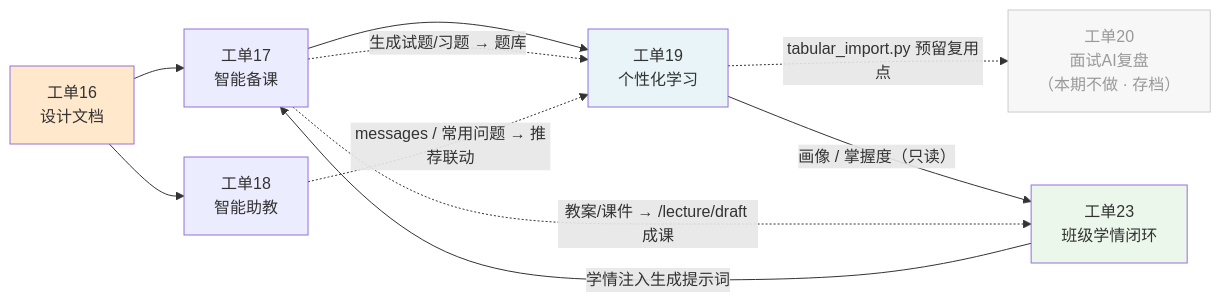
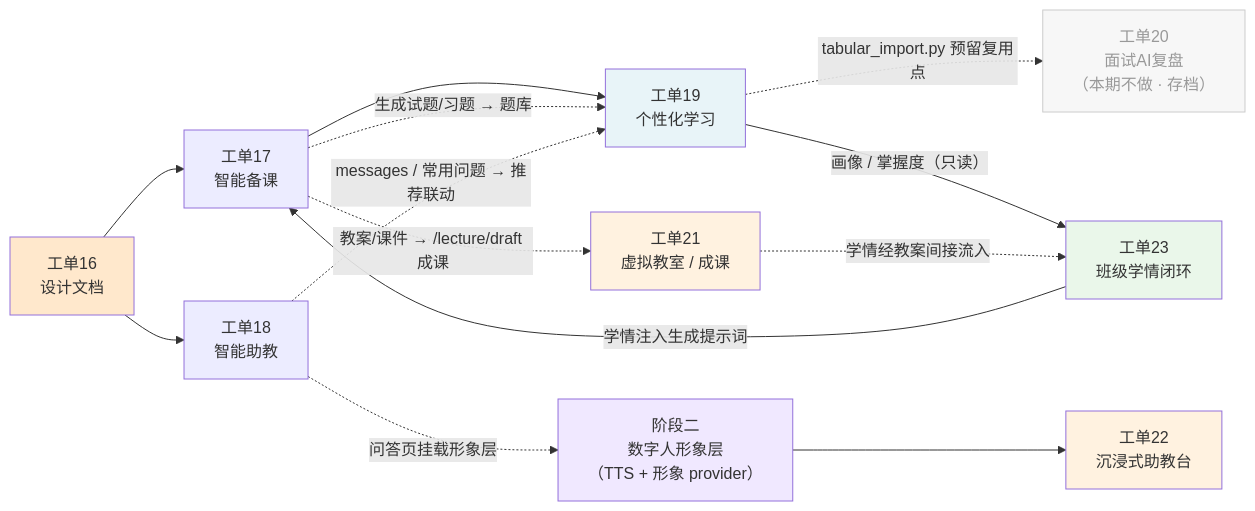
The third of 3 diagrams in docs/设计文档-工单16.md (jyt-1/educational-digital-humans), drawn with Mermaid before and after one commit. The commit also changed other lines of this file and 2 other files, not shown here.

````diff
--- a/docs/设计文档-工单16.md
+++ b/docs/设计文档-工单16.md
@@ -1186,21 +1330,28 @@
 ```mermaid
 graph LR
     W16["工单16<br/>设计文档"] --> W17["工单17<br/>智能备课"]
     W16 --> W18["工单18<br/>智能助教"]
     W17 --> W19["工单19<br/>个性化学习"]
     W20["工单20<br/>面试AI复盘<br/>（本期不做 · 存档）"]
     W23["工单23<br/>班级学情闭环"]
 
     W17 -.->|"生成试题/习题 → 题库"| W19
     W18 -.->|"messages / 常用问题 → 推荐联动"| W19
     W19 -.->|"tabular_import.py 预留复用点"| W20
 
     W19 -->|"画像 / 掌握度（只读）"| W23
     W23 -->|"学情注入生成提示词"| W17
-    W17 -.->|"教案/课件 → /lecture/draft 成课"| W23
+
+    P2["阶段二<br/>数字人形象层<br/>（TTS + 形象 provider）"] --> W22["工单22<br/>沉浸式助教台"]
+    W18 -.->|"问答页挂载形象层"| P2
+    W17 -.->|"教案/课件 → /lecture/draft 成课"| W21["工单21<br/>虚拟教室 / 成课"]
+    W21 -.->|"学情经教案间接流入"| W23
 
     style W16 fill:#ffe8cc
     style W19 fill:#e8f4f8
     style W23 fill:#eaf7ea
     style W20 fill:#f7f7f7,color:#999,stroke:#ccc
+    style P2 fill:#f0e8ff
+    style W21 fill:#fff2e0
+    style W22 fill:#fff2e0
 ```
````
